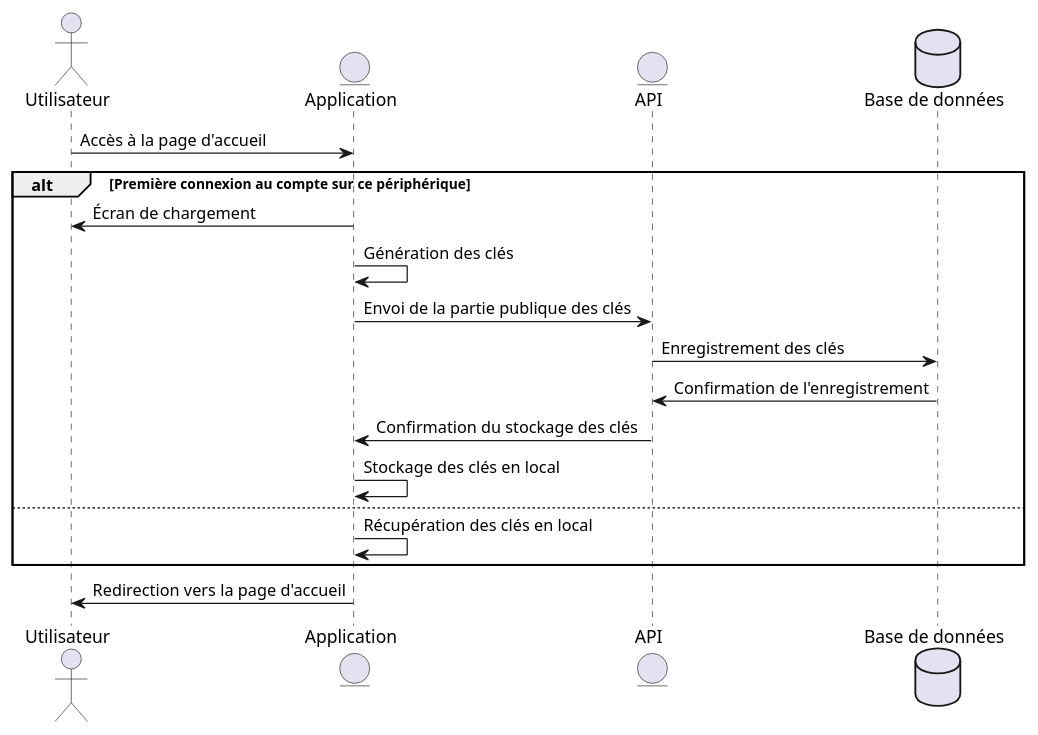
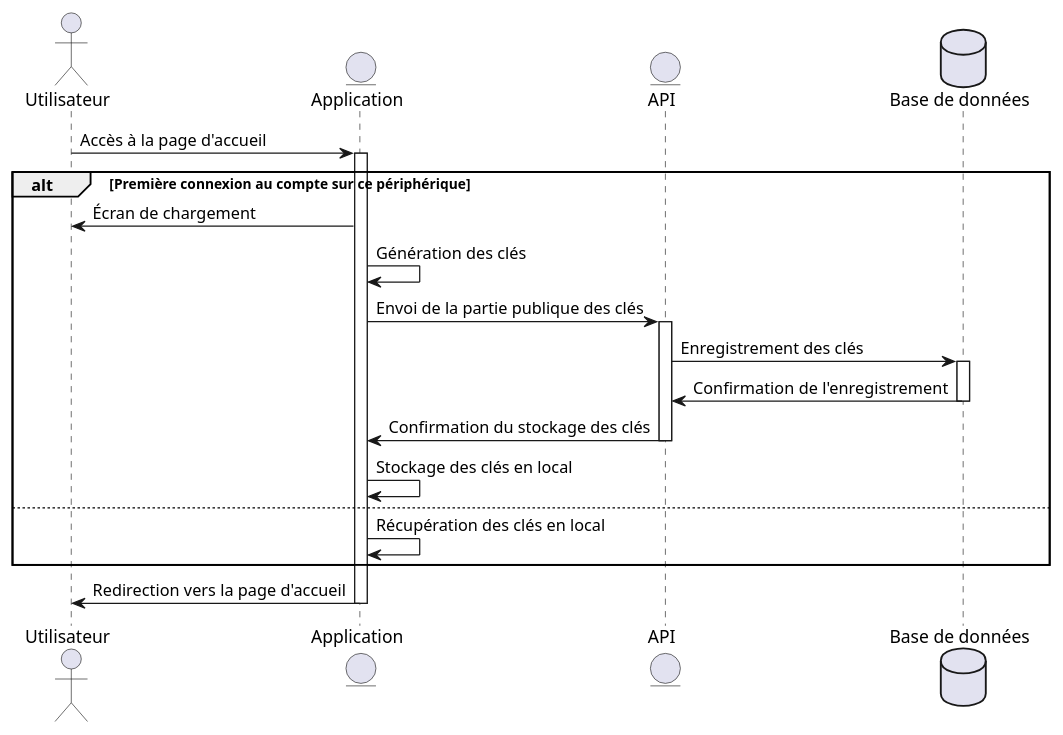
The diagram in docs/assets/diagrams/src/key-generation.puml (nezia1/missive-documentation), drawn with PlantUML before and after one commit. The commit also changed 10 other files, not shown here.

Commit message:
add lifeline to diagrams

```diff
--- a/docs/assets/diagrams/src/key-generation.puml
+++ b/docs/assets/diagrams/src/key-generation.puml
@@ -1,20 +1,26 @@
 @startuml key-generation
 actor "Utilisateur" as User
 entity "Application" as Client
 entity "API" as API
 database "Base de données" as DB
 
 User -> Client : Accès à la page d'accueil
+activate Client
 alt Première connexion au compte sur ce périphérique
 Client -> User : Écran de chargement
 Client -> Client : Génération des clés
 Client -> API : Envoi de la partie publique des clés
+activate API
 API -> DB : Enregistrement des clés
+activate DB
 DB -> API : Confirmation de l'enregistrement
+deactivate DB
 API -> Client : Confirmation du stockage des clés
+deactivate API
 Client -> Client : Stockage des clés en local
 else
 Client -> Client : Récupération des clés en local
 end
 Client -> User : Redirection vers la page d'accueil
+deactivate Client
 @enduml
```
